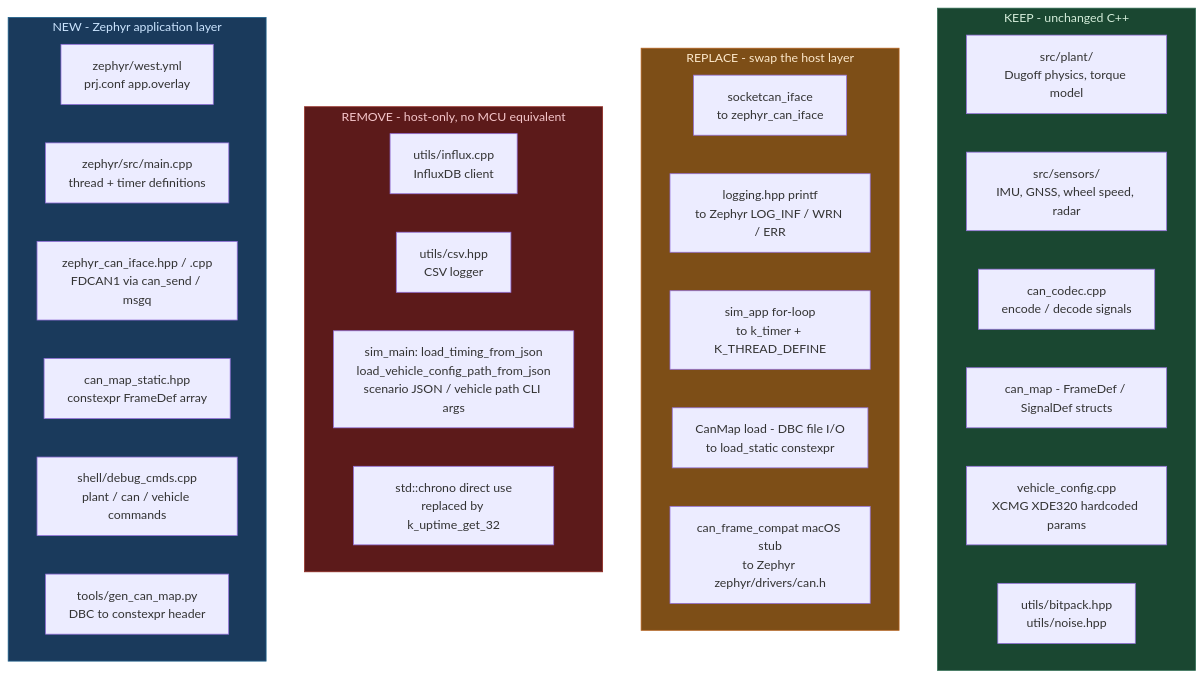
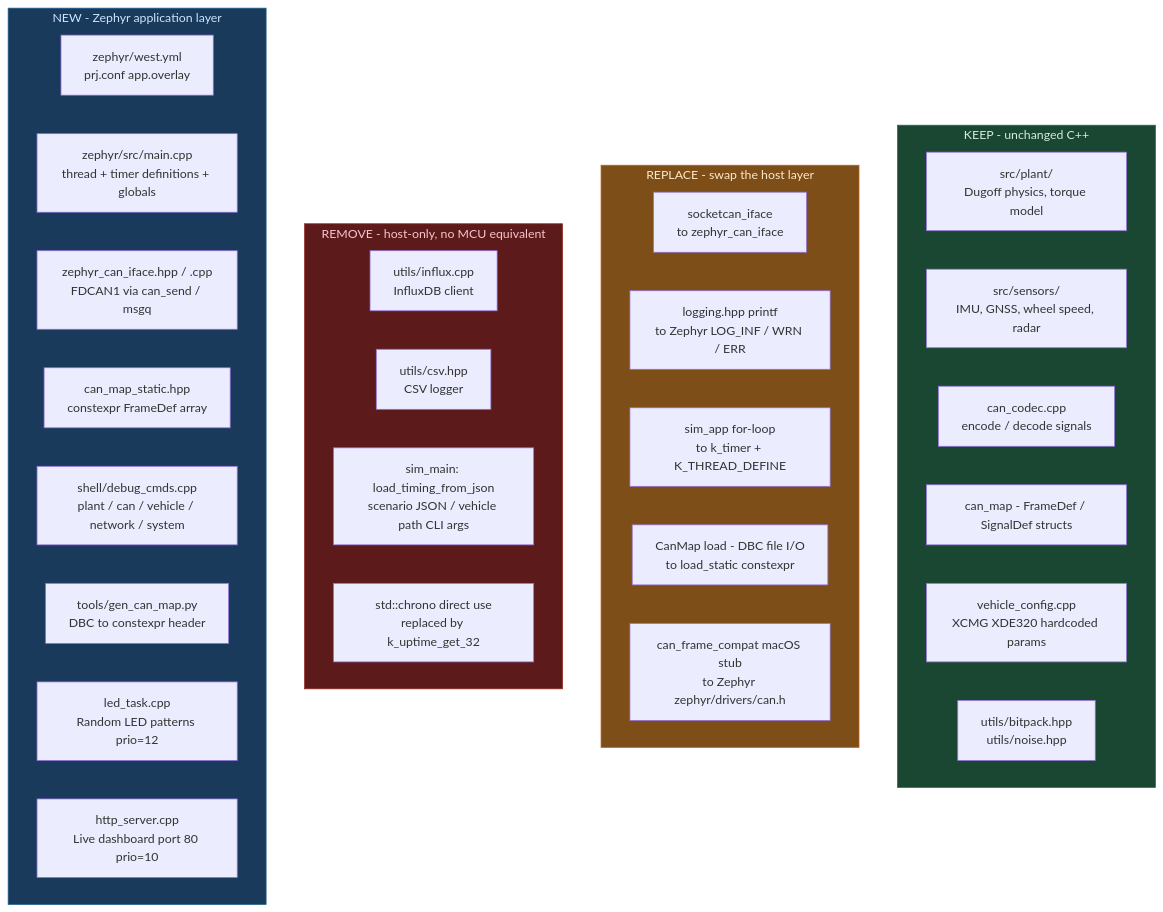
Before and after one commit to mtilocca/vehicle-Dynamics-Sim-Can: the second of 7 diagrams in docs/zephyr/ZEPHYR_PORT.md, drawn with Mermaid. The commit also changed other lines of this file and 3 other files, not shown here.

````diff
--- a/docs/zephyr/ZEPHYR_PORT.md
+++ b/docs/zephyr/ZEPHYR_PORT.md
@@ -52,40 +63,42 @@
 ```mermaid
 graph TB
     subgraph KEEP["KEEP - unchanged C++"]
         K1["src/plant/\nDugoff physics, torque model"]
         K2["src/sensors/\nIMU, GNSS, wheel speed, radar"]
         K3["can_codec.cpp\nencode / decode signals"]
         K4["can_map - FrameDef / SignalDef structs"]
         K5["vehicle_config.cpp\nXCMG XDE320 hardcoded params"]
         K6["utils/bitpack.hpp\nutils/noise.hpp"]
     end
 
     subgraph REPLACE["REPLACE - swap the host layer"]
         R1["socketcan_iface\nto zephyr_can_iface"]
         R2["logging.hpp printf\nto Zephyr LOG_INF / WRN / ERR"]
         R3["sim_app for-loop\nto k_timer + K_THREAD_DEFINE"]
         R4["CanMap load - DBC file I/O\nto load_static constexpr"]
         R5["can_frame_compat macOS stub\nto Zephyr zephyr/drivers/can.h"]
     end
 
     subgraph REMOVE["REMOVE - host-only, no MCU equivalent"]
         D1["utils/influx.cpp\nInfluxDB client"]
         D2["utils/csv.hpp\nCSV logger"]
-        D3["sim_main: load_timing_from_json\nload_vehicle_config_path_from_json\nscenario JSON / vehicle path CLI args"]
+        D3["sim_main: load_timing_from_json\nscenario JSON / vehicle path CLI args"]
         D4["std::chrono direct use\nreplaced by k_uptime_get_32"]
     end
 
     subgraph NEW["NEW - Zephyr application layer"]
         N1["zephyr/west.yml\nprj.conf  app.overlay"]
-        N2["zephyr/src/main.cpp\nthread + timer definitions"]
+        N2["zephyr/src/main.cpp\nthread + timer definitions + globals"]
         N3["zephyr_can_iface.hpp / .cpp\nFDCAN1 via can_send / msgq"]
         N4["can_map_static.hpp\nconstexpr FrameDef array"]
-        N5["shell/debug_cmds.cpp\nplant / can / vehicle commands"]
+        N5["shell/debug_cmds.cpp\nplant / can / vehicle / network / system"]
         N6["tools/gen_can_map.py\nDBC to constexpr header"]
+        N7["led_task.cpp\nRandom LED patterns prio=12"]
+        N8["http_server.cpp\nLive dashboard port 80 prio=10"]
     end
 
     style KEEP fill:#1a4731,color:#d4edda,stroke:#2d6a4f
     style REPLACE fill:#7d4e17,color:#fde9cc,stroke:#b5621e
     style REMOVE fill:#5c1a1a,color:#f5c6cb,stroke:#922b21
     style NEW fill:#1a3a5c,color:#cce5ff,stroke:#1f618d
 ```
````
